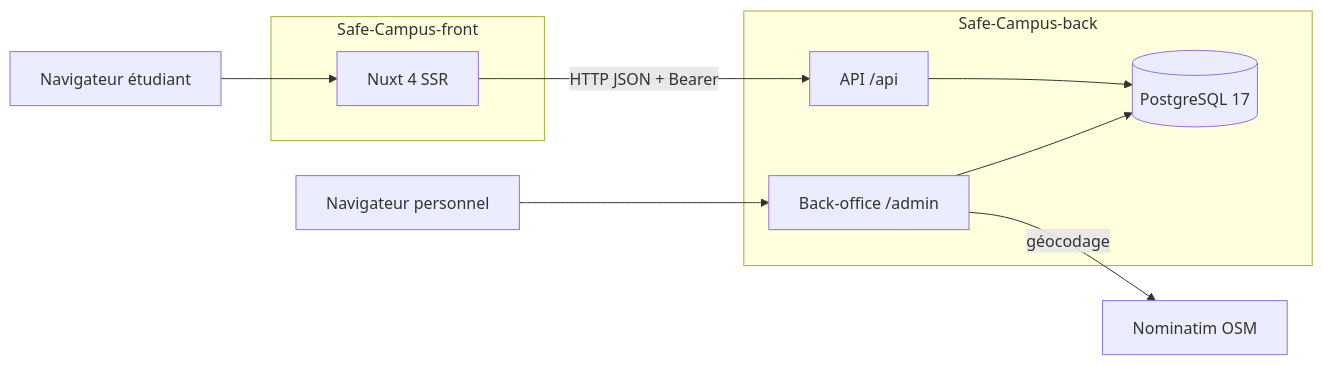
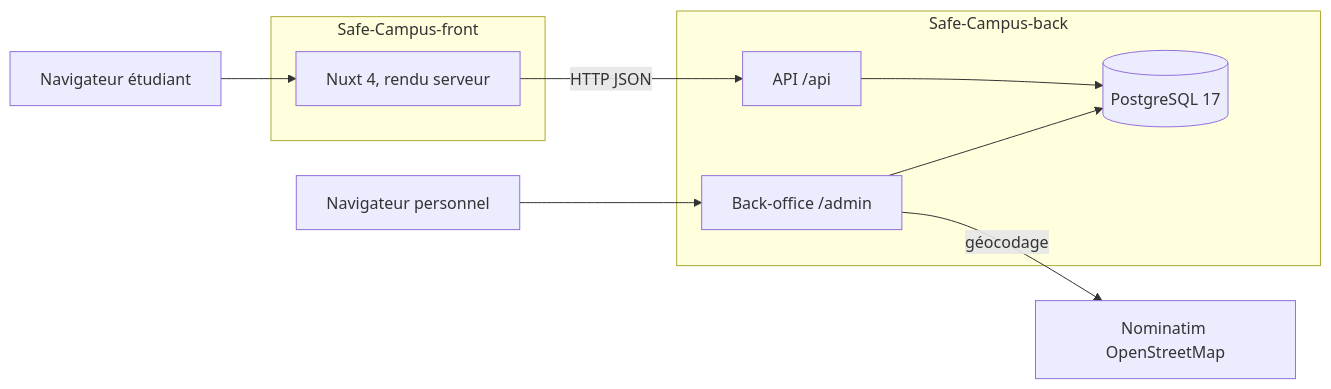
The second of 8 diagrams in docs/cahier-des-charges-techniques.md (Korrighed/safe-campus-back), drawn with Mermaid before and after one commit. The commit also changed other lines of this file and 3 other files, not shown here.

````diff
--- a/docs/cahier-des-charges-techniques.md
+++ b/docs/cahier-des-charges-techniques.md
@@ -284,17 +246,17 @@
 ```mermaid
 flowchart LR
   subgraph Front["Safe-Campus-front"]
-    Nuxt["Nuxt 4 SSR"]
+    Nuxt["Nuxt 4, rendu serveur"]
   end
   subgraph Back["Safe-Campus-back"]
     API["API /api"]
     Admin["Back-office /admin"]
     DB[("PostgreSQL 17")]
   end
   Etudiant["Navigateur étudiant"] --> Nuxt
-  Nuxt -->|"HTTP JSON + Bearer"| API
+  Nuxt -->|"HTTP JSON"| API
   Personnel["Navigateur personnel"] --> Admin
   API --> DB
   Admin --> DB
-  Admin -->|géocodage| Nominatim["Nominatim OSM"]
+  Admin -->|géocodage| Nominatim["Nominatim OpenStreetMap"]
 ```
````
